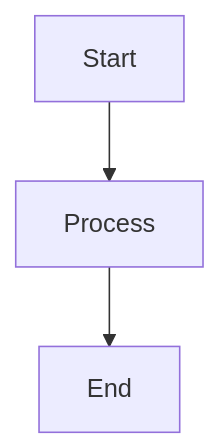
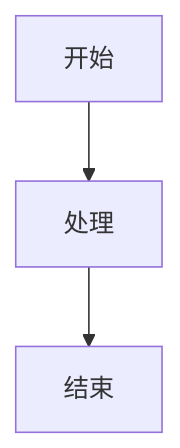
The diagram in .github/instructions/documentation.instructions.md (douhuaa/Zss.BilliardHall), drawn with Mermaid before and after one commit. The commit also changed other lines of this file and 3 other files, not shown here.

````diff
--- a/.github/instructions/documentation.instructions.md
+++ b/.github/instructions/documentation.instructions.md
@@ -167,5 +167,5 @@
 ```mermaid
 graph TB
-    A[Start] --> B[Process]
-    B --> C[End]
+    A[开始] --> B[处理]
+    B --> C[结束]
 ```
````
